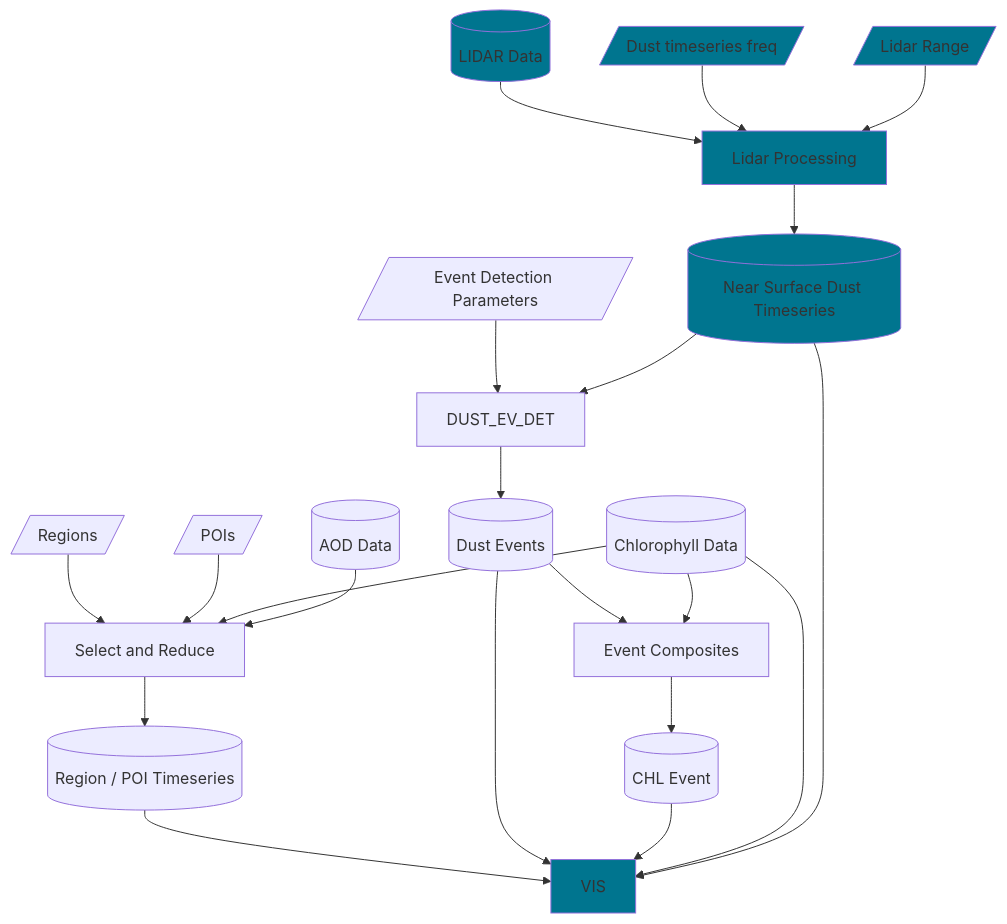
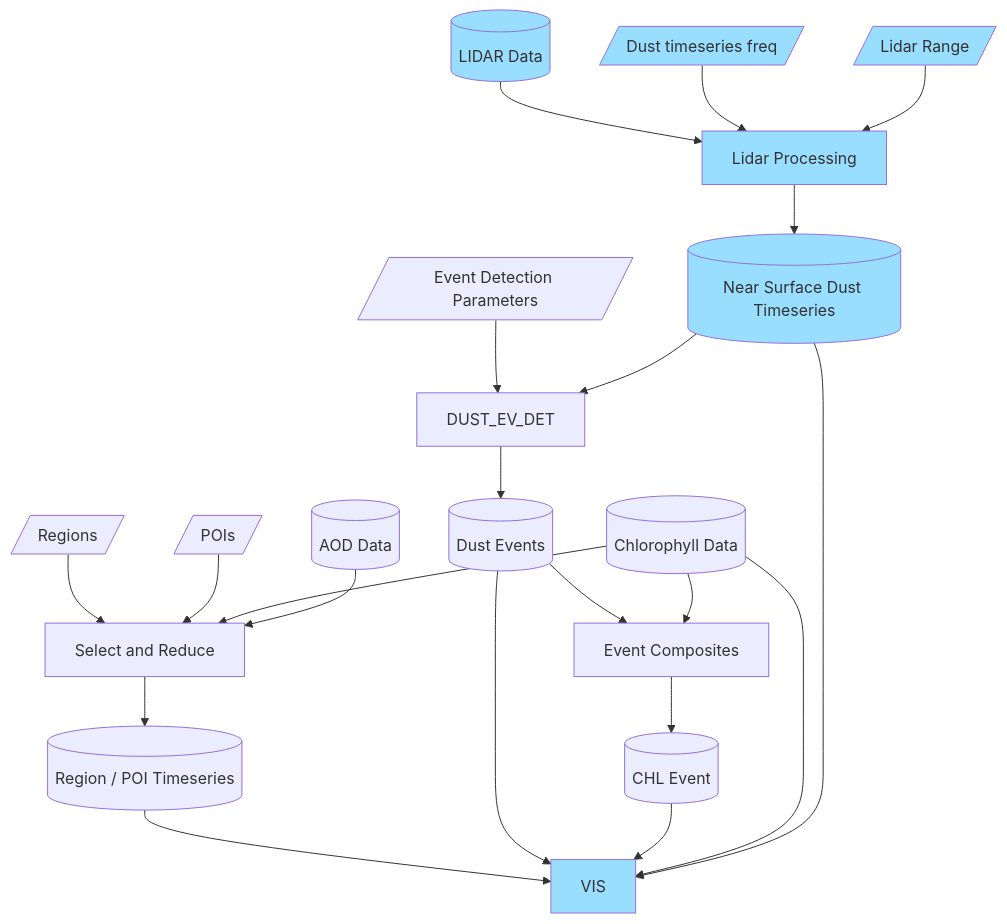
The diagram in README.md (mardatade/Cabo-Verde-Dust), drawn with Mermaid before and after one commit.

Commit message:
Choose a less unpleasant color for the parts that are done

````diff
--- a/README.md
+++ b/README.md
@@ -7,56 +7,56 @@
 ```mermaid
 flowchart TD
     %% datasets
     LIDAR[(LIDAR Data)]
     AOD[(AOD Data)]
     CHL[(Chlorophyll Data)]
     NSDST[(Near Surface Dust Timeseries)]
     REG_POI_TS[(Region / POI Timeseries)]
     DST_Events[(Dust Events)]
     CHL_Comp[(CHL Event)]
 
     %% user choices
     RGS[/Regions/]
     POI[/POIs/]
     LIDAR_RNG[/Lidar Range/]
     DUST_FREQ[/Dust timeseries freq/]
     EVPRM[/Event Detection Parameters/]
 
     %% Process LIDAR data
     LIDAR --> LDRPRC[Lidar Processing]
     DUST_FREQ --> LDRPRC
     LIDAR_RNG --> LDRPRC
     LDRPRC --> NSDST
 
     %% Visualize
     REG_POI_TS --> VIS
     DST_Events --> VIS
     CHL_Comp --> VIS
     CHL --> VIS
     NSDST --> VIS
     
     %% Select timesereis
     RGS --> SLCT_RED
     POI --> SLCT_RED
     CHL --> SLCT_RED
     AOD --> SLCT_RED[Select and Reduce]
     SLCT_RED --> REG_POI_TS
 
     %% Event detection
     EVPRM --> DUST_EV_DET
     NSDST --> DUST_EV_DET
     DUST_EV_DET --> DST_Events
 
     %% Event Composite
     DST_Events --> EV_COMP[Event Composites]
     CHL --> EV_COMP
     EV_COMP --> CHL_Comp
 
     %% style those elements which exist
-    style NSDST fill:#00758f
-    style VIS fill:#00758f
-    style LIDAR_RNG fill:#00758f
-    style LIDAR fill:#00758f
-    style DUST_FREQ fill:#00758f
-    style LDRPRC fill:#00758f
+    style NSDST fill:#99ddff
+    style VIS fill:#99ddff
+    style LIDAR_RNG fill:#99ddff
+    style LIDAR fill:#99ddff
+    style DUST_FREQ fill:#99ddff
+    style LDRPRC fill:#99ddff
 ```
````
